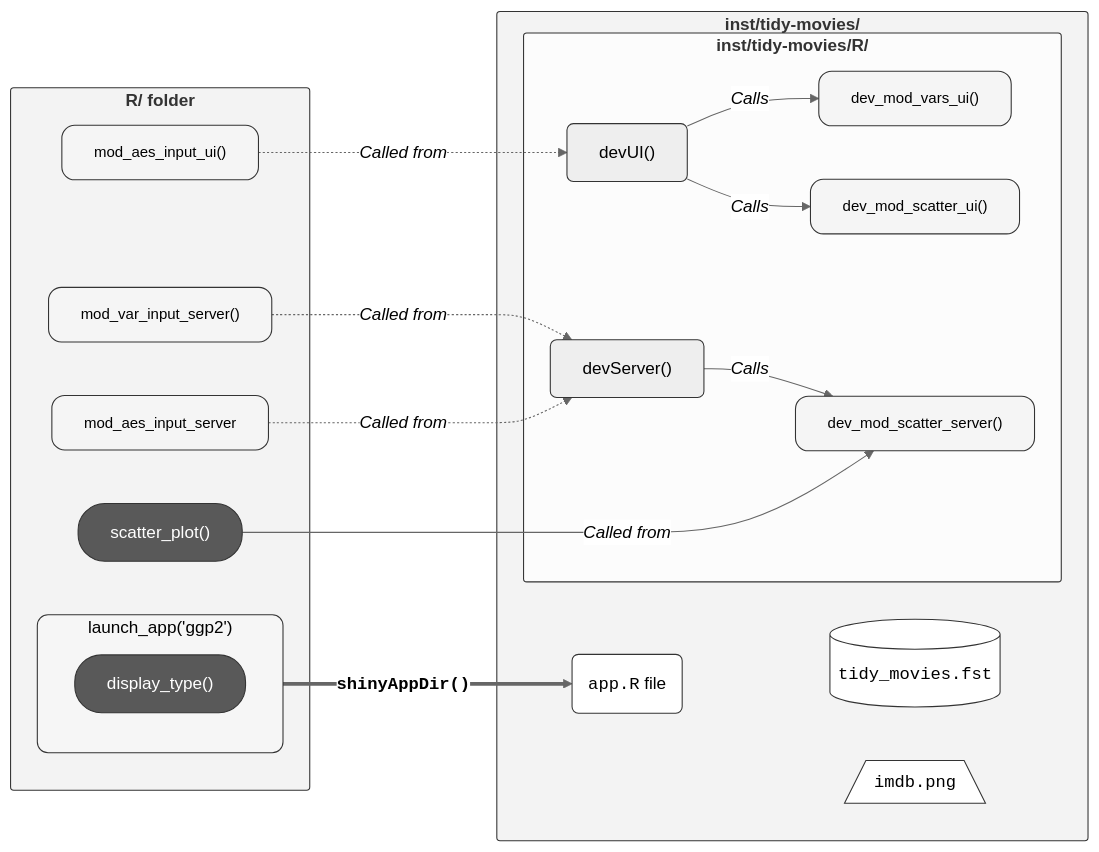
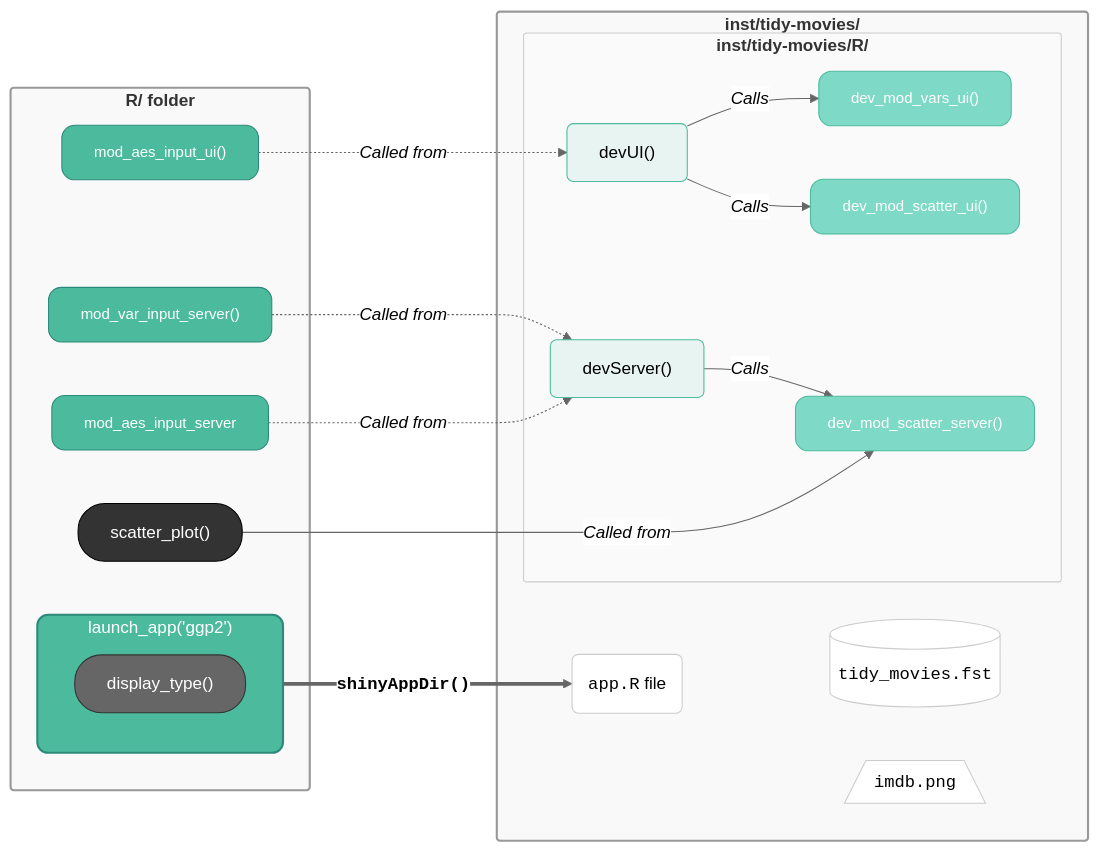
Before and after one commit to mjfrigaard/shiny-app-pkgs: the first of 2 diagrams in logging.qmd, drawn with Mermaid. The commit also changed other lines of this file and 107 other files, not shown here.

First line of the commit message:
Add consistent teal/light-teal color styling to mermaid diagrams

````diff
--- a/logging.qmd
+++ b/logging.qmd
@@ -74,66 +74,66 @@
 ```{mermaid}
 %%| fig-cap: 'Architecture of app functions in `inst/tidy-movies/` folder'
 %%| fig-align: center
 %%{init: {'theme': 'neutral', 'themeVariables': { 'fontFamily': 'monospace', "fontSize":"16px"}}}%%
 flowchart LR
         subgraph R["<strong>R/ folder</strong>"]
             subgraph launch["launch_app('ggp2')"]
                 display_type["display_type()"]
             end
                 mod_aes_input_ui["mod_aes_input_ui()"]
                 mod_aes_input_server["mod_aes_input_server"]
                 mod_var_input_server["mod_var_input_server()"]
                 scatter_plot["scatter_plot()"]
         end
 
         subgraph tidy_movies["<strong>inst/tidy-movies/</strong>"]
 
                 subgraph SubR["<strong>inst/tidy-movies/R/</strong>"]
                 devUI["devUI()"]
                 dev_mod_vars_ui["dev_mod_vars_ui()"]
                 dev_mod_scatter_ui["dev_mod_scatter_ui()"]
                 devUI -->|"<em>Calls</em>"|dev_mod_vars_ui & dev_mod_scatter_ui
                 devServer["devServer()"]
                 dev_mod_scatter_server["dev_mod_scatter_server()"]
                 devServer -->|"<em>Calls</em>"|dev_mod_scatter_server
                 end
 
             data[("<code>tidy_movies.fst"</code>)]
             img[/"<code>imdb.png</code>"\]
             appdotr("<code>app.R</code> file")
         end
-        
+
 
         launch ==> |"<strong><code>shinyAppDir()</code></strong>"|appdotr
         mod_aes_input_ui -.->|"<em>Called from</em>"|devUI
         mod_var_input_server & mod_aes_input_server -.->|"<em>Called from</em>"|devServer
         scatter_plot --> |"<em>Called from</em>"|dev_mod_scatter_server
-        
-        
+
+
     %% R/
-    style R fill:#f3f3f3,stroke:#333,stroke-width:1px,rx:3,ry:3
+    style R fill:#f9f9f9,stroke:#999,stroke-width:2px,rx:3,ry:3
     %% standalone app function
-    style launch fill:#F6F6F6,color:#000,stroke:#333,stroke-width:1px,rx:10,ry:10
-    %% modules 
-    style mod_var_input_server font-size:14px,color:#000,fill:#f5f5f5,stroke:#333,stroke-width:1px,rx:12,ry:12
-    style mod_aes_input_ui font-size:14px,color:#000,fill:#f5f5f5,stroke:#333,stroke-width:1px,rx:12,ry:12
-    style mod_aes_input_server font-size:14px,color:#000,fill:#f5f5f5,stroke:#333,stroke-width:1px,rx:12,ry:12
+    style launch fill:#4CBB9D,color:#fff,stroke:#2d8a7a,stroke-width:2px,rx:10,ry:10
+    %% modules
+    style mod_var_input_server font-size:14px,color:#fff,fill:#4CBB9D,stroke:#2d8a7a,stroke-width:1px,rx:12,ry:12
+    style mod_aes_input_ui font-size:14px,color:#fff,fill:#4CBB9D,stroke:#2d8a7a,stroke-width:1px,rx:12,ry:12
+    style mod_aes_input_server font-size:14px,color:#fff,fill:#4CBB9D,stroke:#2d8a7a,stroke-width:1px,rx:12,ry:12
     %% utility functions
-    style scatter_plot fill:#595959,color:#FFF,stroke:#333,stroke-width:1px,rx:25,ry:25
-    style display_type fill:#595959,color:#FFF,stroke:#333,stroke-width:1px,rx:25,ry:25
-    
-    %% tidy-movies/ 
-    style tidy_movies fill:#f3f3f3,stroke:#333,stroke-width:1px,rx:3,ry:3
+    style scatter_plot fill:#333,color:#FFF,stroke:#000,stroke-width:1px,rx:25,ry:25
+    style display_type fill:#666,color:#FFF,stroke:#333,stroke-width:1px,rx:25,ry:25
+
+    %% tidy-movies/
+    style tidy_movies fill:#f9f9f9,stroke:#999,stroke-width:2px,rx:3,ry:3
     %% tidy-movies/R
-    style SubR fill:#fcfcfc,stroke:#333,stroke-width:1px,rx:3,ry:3
+    style SubR fill:#fafafa,stroke:#ccc,stroke-width:1px,rx:3,ry:3
     %% tidy-movies/R/ files
-    style devUI stroke:#333,stroke-width:1px,rx:6,ry:6
-    style devServer stroke:#333,stroke-width:1px,rx:6,ry:6
-    style dev_mod_scatter_server font-size:14px,color:#000,fill:#f5f5f5,stroke:#333,stroke-width:1px,rx:12,ry:12
-    style dev_mod_scatter_ui font-size:14px,color:#000,fill:#f5f5f5,stroke:#333,stroke-width:1px,rx:12,ry:12
-    style dev_mod_vars_ui font-size:14px,color:#000,fill:#f5f5f5,stroke:#333,stroke-width:1px,rx:12,ry:12
-    %% files 
-    style data fill:#ffffff,color:#000,stroke:#333,stroke-width:1px,rx:6,ry:6
-    style img fill:#ffffff,color:#000,stroke:#333,stroke-width:1px,rx:6,ry:6
-    style appdotr fill:#ffffff,color:#000,stroke:#333,stroke-width:1px,rx:6,ry:6
+    style devUI fill:#e8f4f1,stroke:#4CBB9D,stroke-width:1px,rx:6,ry:6
+    style devServer fill:#e8f4f1,stroke:#4CBB9D,stroke-width:1px,rx:6,ry:6
+    style dev_mod_scatter_server font-size:14px,color:#fff,fill:#7fd9c7,stroke:#4CBB9D,stroke-width:1px,rx:12,ry:12
+    style dev_mod_scatter_ui font-size:14px,color:#fff,fill:#7fd9c7,stroke:#4CBB9D,stroke-width:1px,rx:12,ry:12
+    style dev_mod_vars_ui font-size:14px,color:#fff,fill:#7fd9c7,stroke:#4CBB9D,stroke-width:1px,rx:12,ry:12
+    %% files
+    style data fill:#ffffff,color:#000,stroke:#ccc,stroke-width:1px,rx:6,ry:6
+    style img fill:#ffffff,color:#000,stroke:#ccc,stroke-width:1px,rx:6,ry:6
+    style appdotr fill:#ffffff,color:#000,stroke:#ccc,stroke-width:1px,rx:6,ry:6
 ```
````
